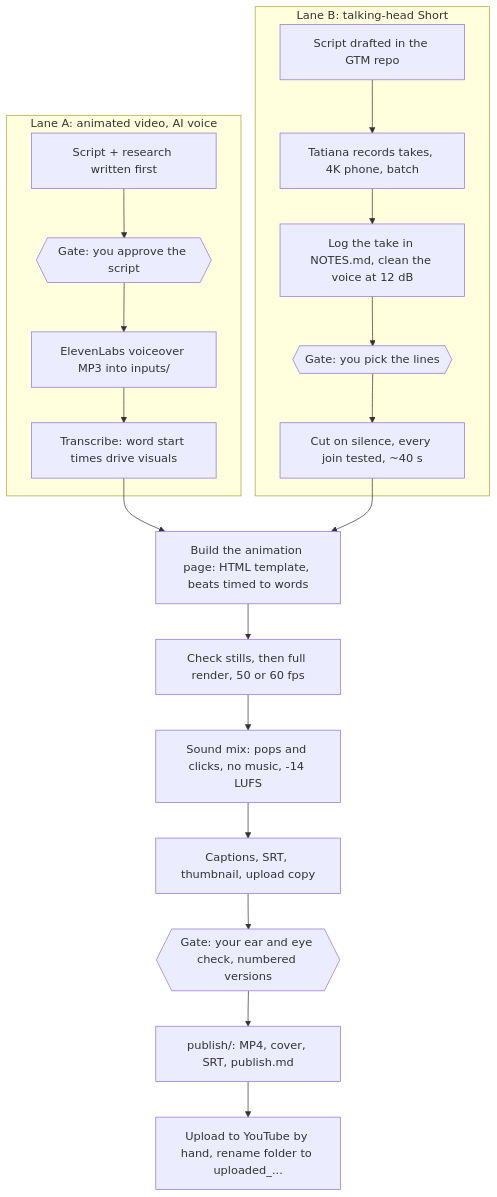
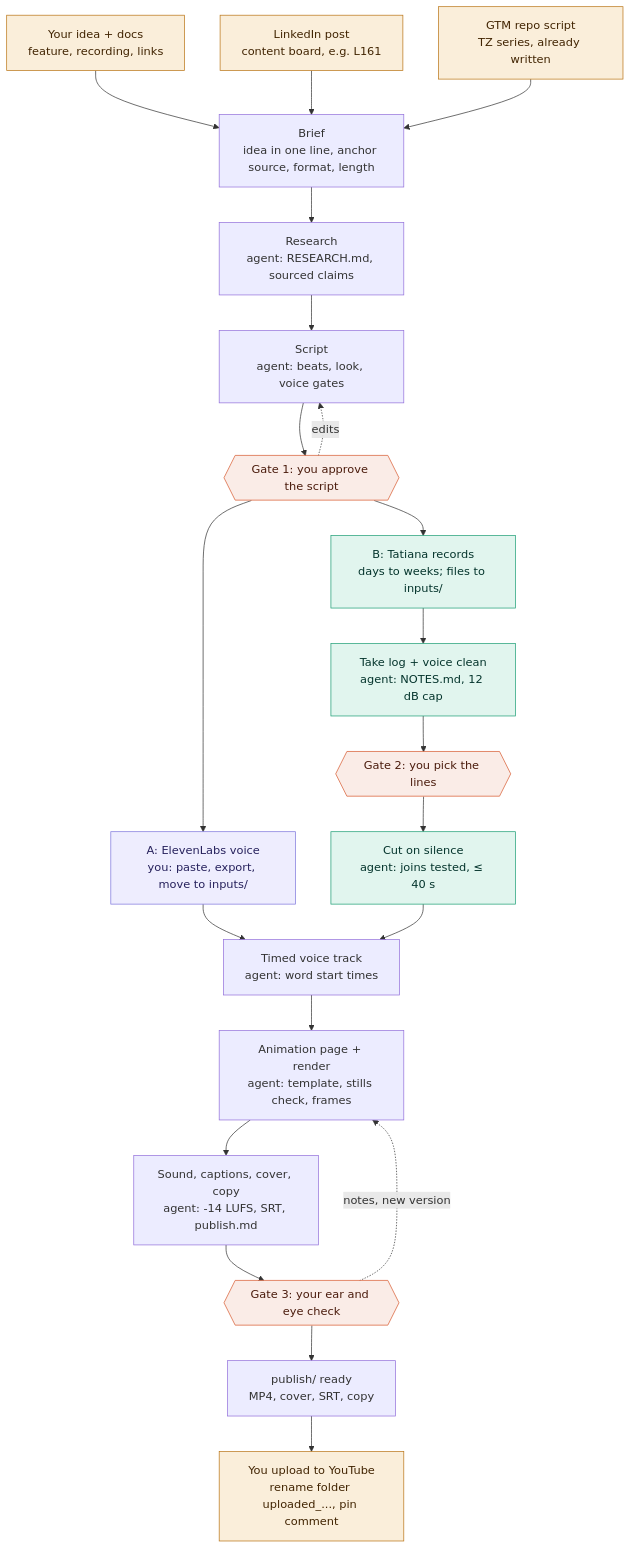
The diagram in docs/current-flows.md (dariasolomina-oss/malina-scaling-videos), drawn with Mermaid before and after one commit. The commit also changed other lines of this file and 1 other file, not shown here.

Commit message:
docs: full flow map with topic intake; brief template

````diff
--- a/docs/current-flows.md
+++ b/docs/current-flows.md
@@ -5,22 +5,33 @@
 ```mermaid
 flowchart TB
-  subgraph A[Lane A: animated video, AI voice]
-    A1[Script + research written first] --> A2{{Gate: you approve the script}}
-    A2 --> A3[ElevenLabs voiceover MP3 into inputs/]
-    A3 --> A4[Transcribe: word start times drive visuals]
-  end
-  subgraph B[Lane B: talking-head Short]
-    B1[Script drafted in the GTM repo] --> B2[Tatiana records takes, 4K phone, batch]
-    B2 --> B3[Log the take in NOTES.md, clean the voice at 12 dB]
-    B3 --> B4{{Gate: you pick the lines}}
-    B4 --> B5[Cut on silence, every join tested, ~40 s]
-  end
-  A4 --> S1
-  B5 --> S1
-  S1[Build the animation page: HTML template, beats timed to words] --> S2[Check stills, then full render, 50 or 60 fps]
-  S2 --> S3[Sound mix: pops and clicks, no music, -14 LUFS]
-  S3 --> S4[Captions, SRT, thumbnail, upload copy]
-  S4 --> S5{{Gate: your ear and eye check, numbered versions}}
-  S5 --> S6[publish/: MP4, cover, SRT, publish.md]
-  S6 --> S7[Upload to YouTube by hand, rename folder to uploaded_...]
+  classDef human fill:#FAEEDA,stroke:#BA7517,color:#412402
+  classDef gate fill:#FAECE7,stroke:#D85A30,color:#4A1B0C
+  classDef ai fill:#EEEDFE,stroke:#7F77DD,color:#26215C
+  classDef hv fill:#E1F5EE,stroke:#1D9E75,color:#04342C
+
+  T1[Your idea + docs<br/>feature, recording, links]:::human
+  T2[LinkedIn post<br/>content board, e.g. L161]:::human
+  T3[GTM repo script<br/>TZ series, already written]:::human
+  T1 --> BR
+  T2 --> BR
+  T3 --> BR
+  BR[Brief<br/>idea in one line, anchor source, format, length]
+  BR --> R[Research<br/>agent: RESEARCH.md, sourced claims]
+  R --> S[Script<br/>agent: beats, look, voice gates]
+  S --> G1{{Gate 1: you approve the script}}:::gate
+  G1 -. edits .-> S
+  G1 --> A[A: ElevenLabs voice<br/>you: paste, export, move to inputs/]:::ai
+  G1 --> B1[B: Tatiana records<br/>days to weeks; files to inputs/]:::hv
+  B1 --> B2[Take log + voice clean<br/>agent: NOTES.md, 12 dB cap]:::hv
+  B2 --> G2{{Gate 2: you pick the lines}}:::gate
+  G2 --> B3[Cut on silence<br/>agent: joins tested, ≤ 40 s]:::hv
+  A --> V
+  B3 --> V
+  V[Timed voice track<br/>agent: word start times]
+  V --> AN[Animation page + render<br/>agent: template, stills check, frames]
+  AN --> SC[Sound, captions, cover, copy<br/>agent: -14 LUFS, SRT, publish.md]
+  SC --> G3{{Gate 3: your ear and eye check}}:::gate
+  G3 -. notes, new version .-> AN
+  G3 --> P[publish/ ready<br/>MP4, cover, SRT, copy]
+  P --> U[You upload to YouTube<br/>rename folder uploaded_..., pin comment]:::human
 ```
````
